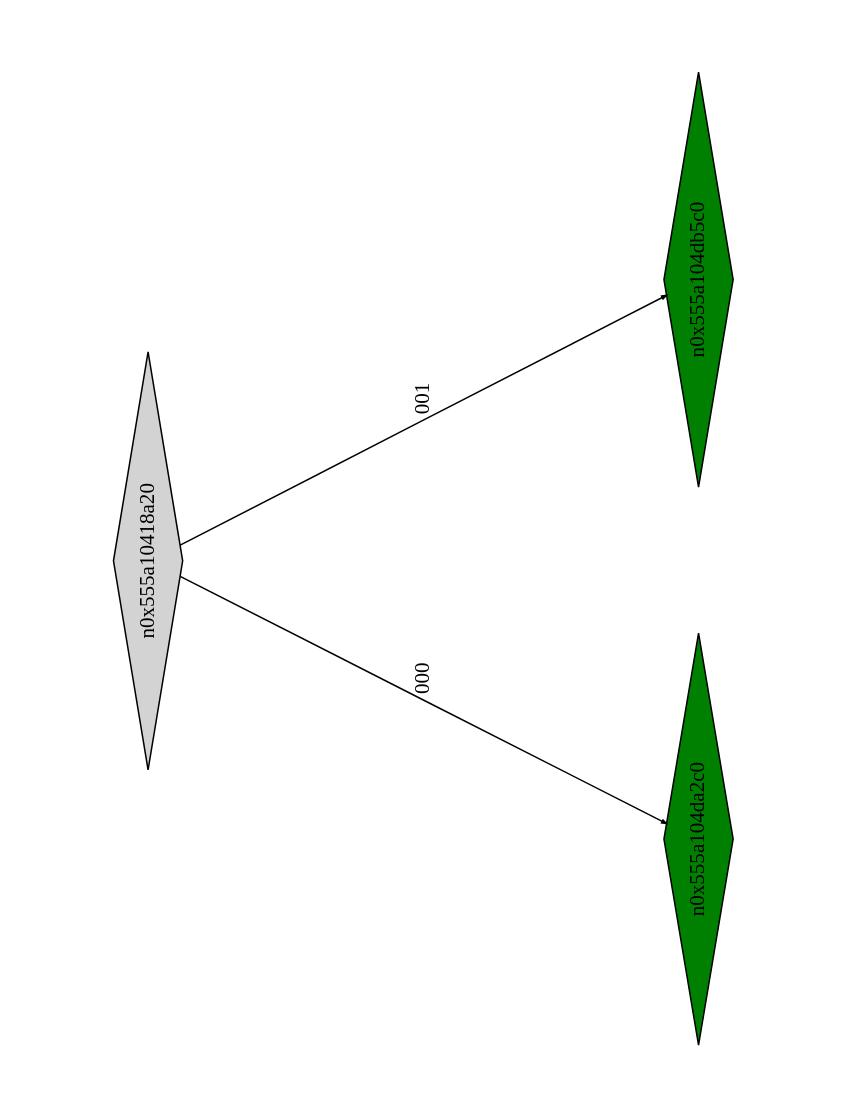
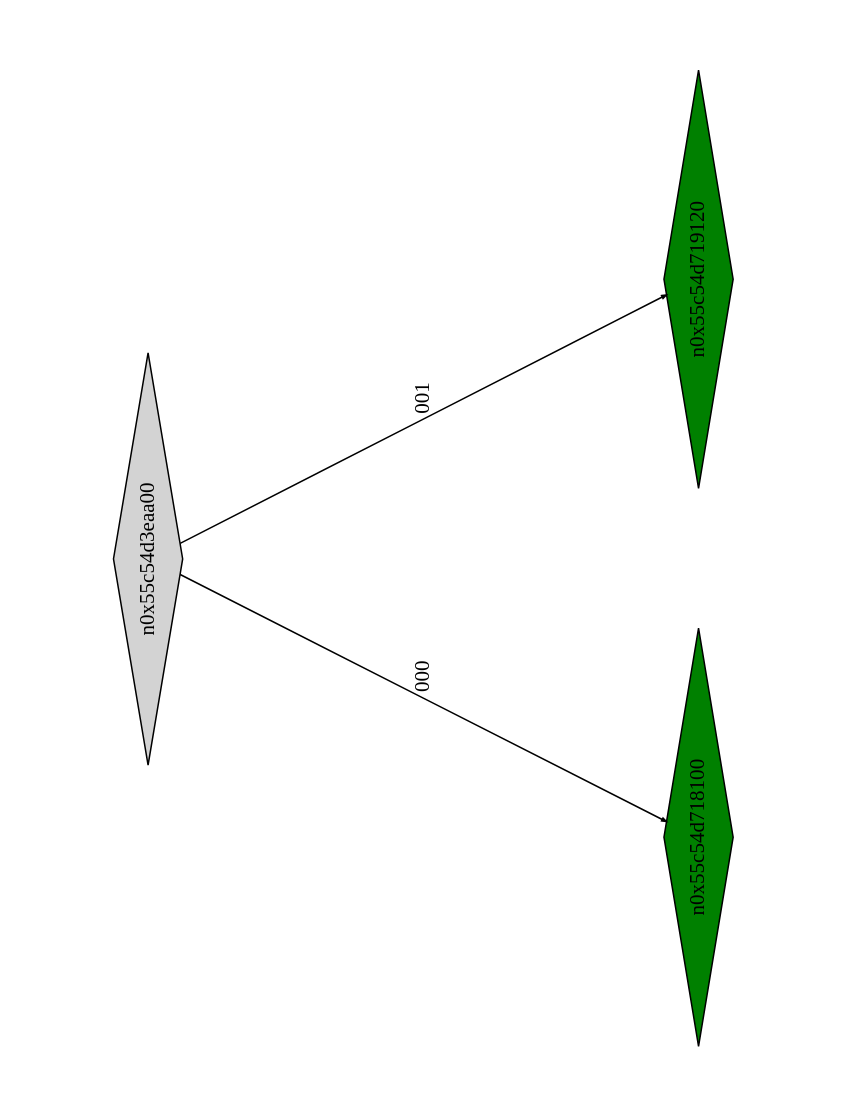
The diagram in example1_klee_out/ptree_00000221.dot (Research-Tools-PAVT/PSE-Program-Examples), drawn with Graphviz before and after one commit. The commit also changed 86 other files, not shown here.

```diff
--- a/example1_klee_out/ptree_00000221.dot
+++ b/example1_klee_out/ptree_00000221.dot
@@ -1,13 +1,13 @@
 digraph G {
 	size="10,7.5";
 	ratio=fill;
 	rotate=90;
 	center = "true";
 	node [style="filled",width=.1,height=.1,fontname="Terminus"]
 	edge [arrowsize=.3]
-	n0x555a10418a20 [shape=diamond];
-	n0x555a10418a20 -> n0x555a104da2c0 [label=000];
-	n0x555a10418a20 -> n0x555a104db5c0 [label=001];
-	n0x555a104db5c0 [shape=diamond,fillcolor=green];
-	n0x555a104da2c0 [shape=diamond,fillcolor=green];
+	n0x55c54d3eaa00 [shape=diamond];
+	n0x55c54d3eaa00 -> n0x55c54d718100 [label=000];
+	n0x55c54d3eaa00 -> n0x55c54d719120 [label=001];
+	n0x55c54d719120 [shape=diamond,fillcolor=green];
+	n0x55c54d718100 [shape=diamond,fillcolor=green];
 }
```
